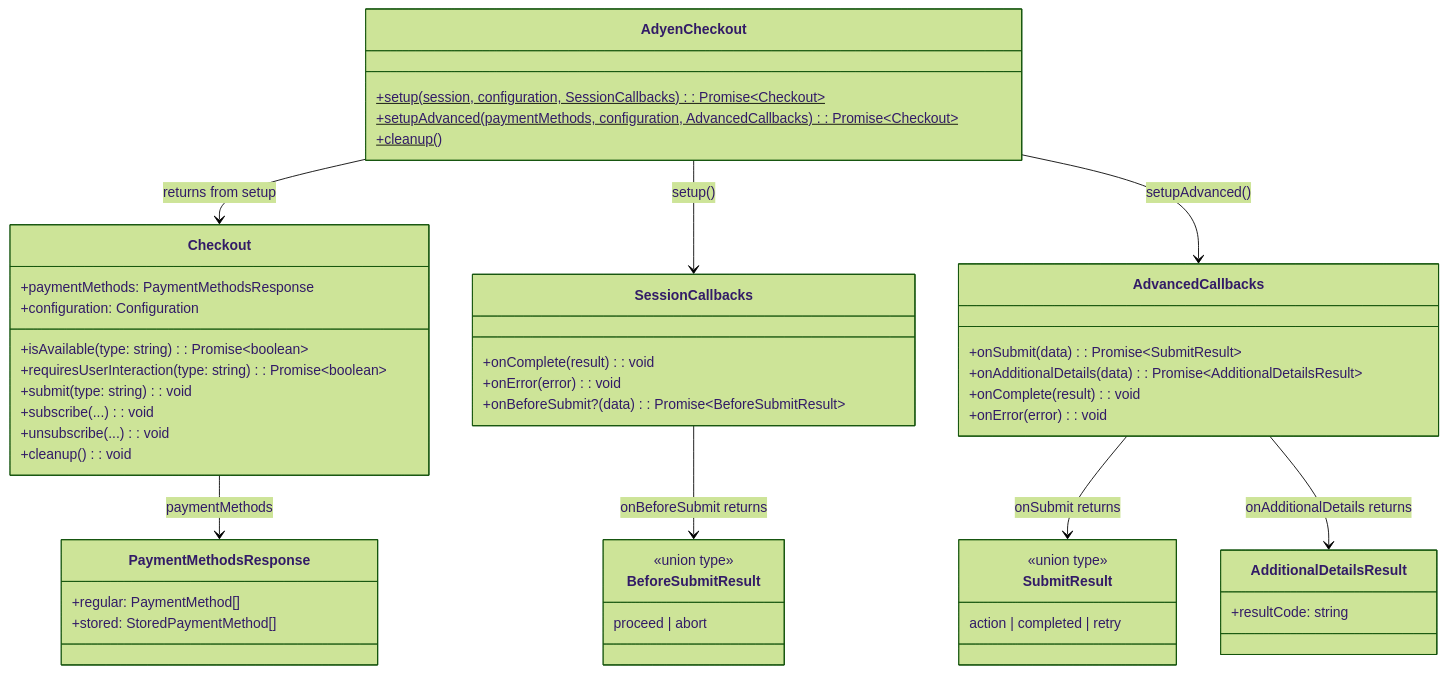
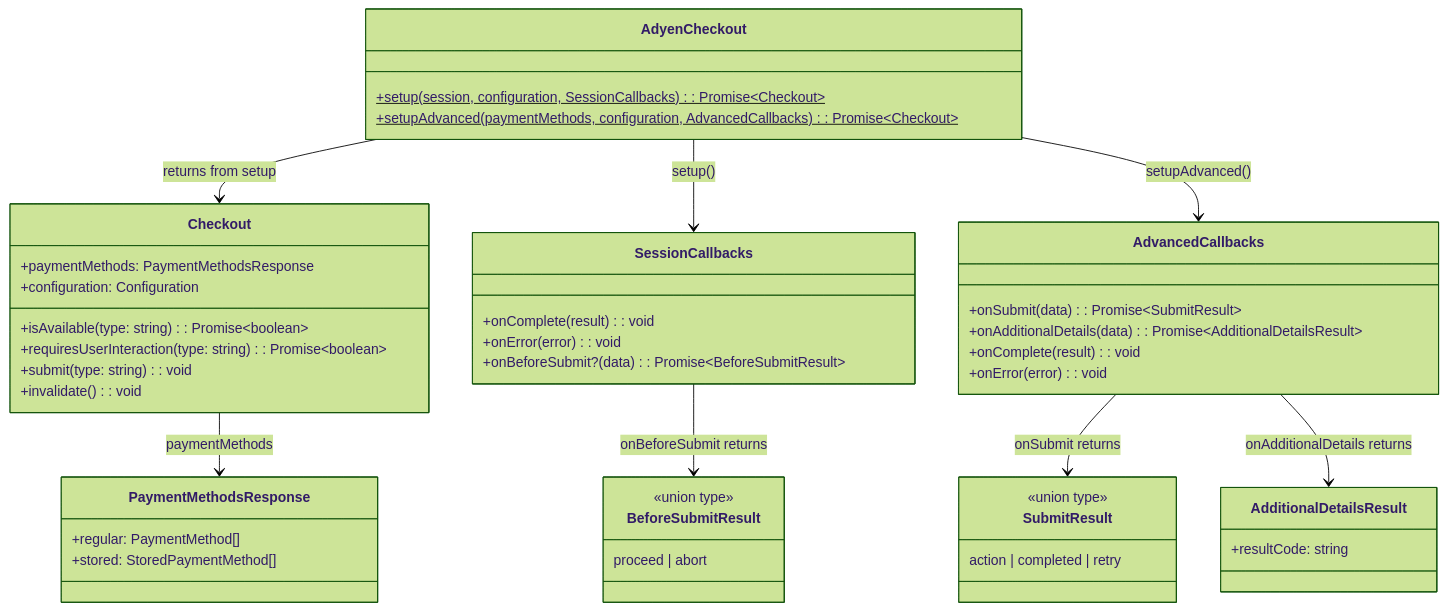
The first of 7 diagrams in docs/v6-public-api-proposal.md (Adyen/adyen-react-native), drawn with Mermaid (forest theme) before and after one commit. The commit also changed other lines of this file and 5 other files, not shown here.

````diff
--- a/docs/v6-public-api-proposal.md
+++ b/docs/v6-public-api-proposal.md
@@ -7,59 +7,56 @@
 ```mermaid
 classDiagram
     class AdyenCheckout {
         +setup(session, configuration, SessionCallbacks): Promise~Checkout~$
         +setupAdvanced(paymentMethods, configuration, AdvancedCallbacks): Promise~Checkout~$
-        +cleanup()$
     }
 
     class Checkout {
         +paymentMethods: PaymentMethodsResponse
         +configuration: Configuration
         +isAvailable(type: string): Promise~boolean~
         +requiresUserInteraction(type: string): Promise~boolean~
         +submit(type: string): void
-        +subscribe(...): void
-        +unsubscribe(...): void
-        +cleanup(): void
+        +invalidate(): void
     }
 
     class PaymentMethodsResponse {
         +regular: PaymentMethod[]
         +stored: StoredPaymentMethod[]
     }
 
     class SessionCallbacks {
         +onComplete(result): void
         +onError(error): void
         +onBeforeSubmit?(data): Promise~BeforeSubmitResult~
     }
 
     class AdvancedCallbacks {
         +onSubmit(data): Promise~SubmitResult~
         +onAdditionalDetails(data): Promise~AdditionalDetailsResult~
         +onComplete(result): void
         +onError(error): void
     }
 
     class SubmitResult {
         <<union type>>
         action | completed | retry
     }
 
     class AdditionalDetailsResult {
         +resultCode: string
     }
 
     class BeforeSubmitResult {
         <<union type>>
         proceed | abort
     }
 
     AdyenCheckout --> Checkout : returns from setup
     Checkout --> PaymentMethodsResponse : paymentMethods
     AdyenCheckout --> SessionCallbacks : setup()
     AdyenCheckout --> AdvancedCallbacks : setupAdvanced()
     AdvancedCallbacks --> SubmitResult : onSubmit returns
     AdvancedCallbacks --> AdditionalDetailsResult : onAdditionalDetails returns
     SessionCallbacks --> BeforeSubmitResult : onBeforeSubmit returns
 ```
````
